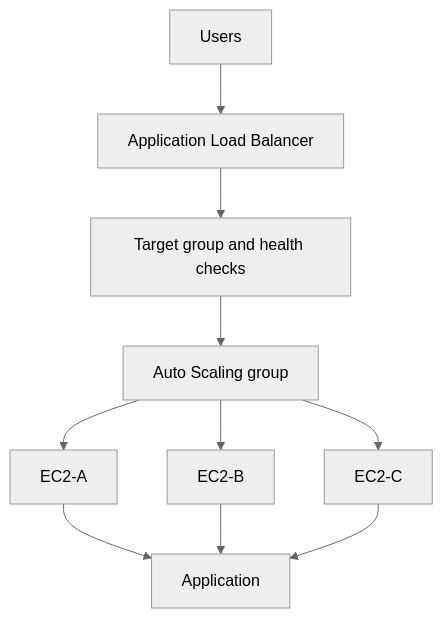
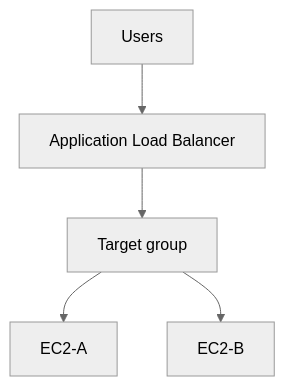
The second of 6 diagrams in README.md (prakash16126/AWS-Documentation), drawn with Mermaid (neutral theme) before and after one commit. The commit also changed other lines of this file, not shown here.

````diff
--- a/README.md
+++ b/README.md
@@ -901,12 +610,7 @@
 ```mermaid
 flowchart TD
-    Users --> ALB[Application Load Balancer]
-    ALB --> TG[Target group and health checks]
-    TG --> ASG[Auto Scaling group]
-    ASG --> EC2A[EC2-A]
-    ASG --> EC2B[EC2-B]
-    ASG --> EC2C[EC2-C]
-    EC2A --> App[Application]
-    EC2B --> App
-    EC2C --> App
+    Users[Users] --> ALB[Application Load Balancer]
+    ALB --> TG[Target group]
+    TG --> A[EC2-A]
+    TG --> B[EC2-B]
 ```
````
